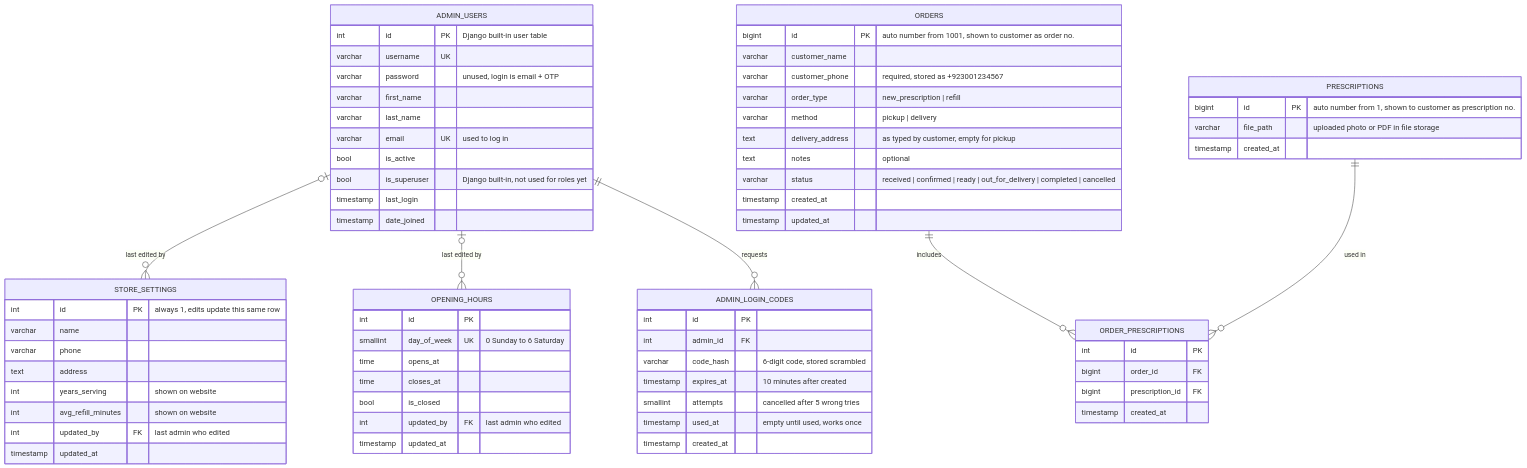
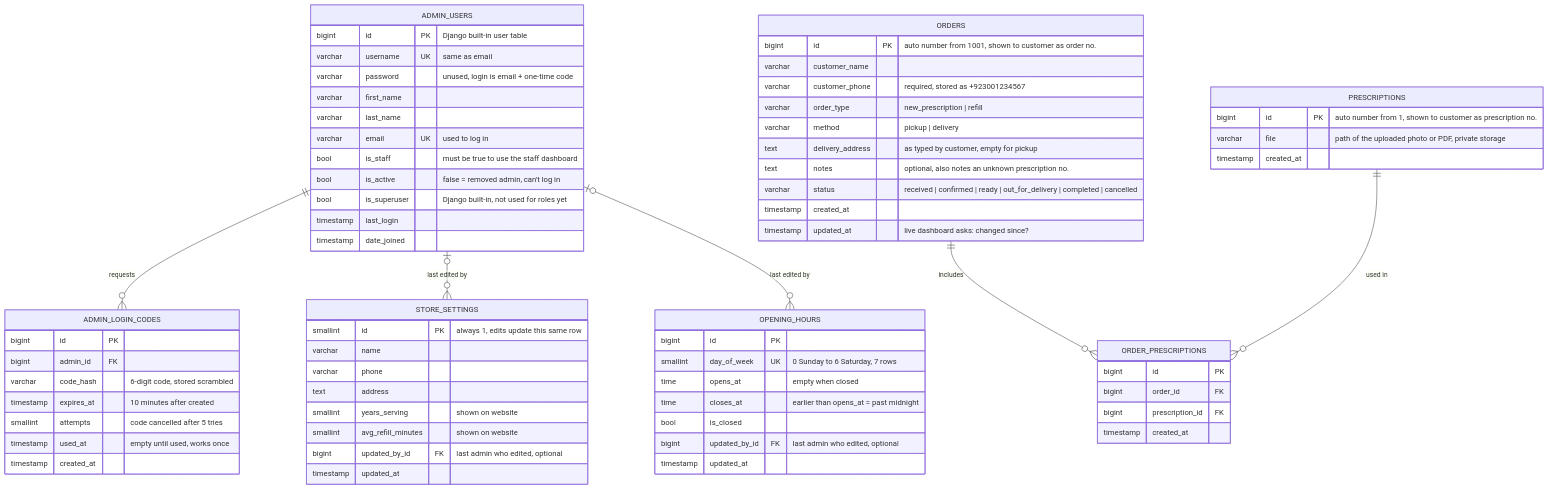
One commit to engineersameer/Pharmacy-website changed the diagram in docs/schema.mmd. Above: the diagram before and after it, drawn with Mermaid.

Commit message:
Schema diagram matches the live database
Exact column names and types (is_staff, file, updated_by_id, bigint ids),
plus notes on the rules the database enforces.

```diff
--- a/docs/schema.mmd
+++ b/docs/schema.mmd
@@ -1,84 +1,96 @@
-%% CarePoint Pharmacy — database schema (simple version, for review)
-%% Django DRF + PostgreSQL.
+%% Pharmacy website — database schema (matches the live tables in carepoint-api)
+%% Django DRF + PostgreSQL 16. Column names and types are exactly as in the database.
 %% Relationship legend:  ||--o{  one to many   |o--o{  optional one to many
 
 erDiagram
     ADMIN_USERS {
-        int id PK "Django built-in user table"
-        varchar username UK
-        varchar password "unused, login is email + OTP"
+        bigint id PK "Django built-in user table"
+        varchar username UK "same as email"
+        varchar password "unused, login is email + one-time code"
         varchar first_name
         varchar last_name
         varchar email UK "used to log in"
-        bool is_active
+        bool is_staff "must be true to use the staff dashboard"
+        bool is_active "false = removed admin, can't log in"
         bool is_superuser "Django built-in, not used for roles yet"
         timestamp last_login
         timestamp date_joined
+    }
+
+    ADMIN_LOGIN_CODES {
+        bigint id PK
+        bigint admin_id FK
+        varchar code_hash "6-digit code, stored scrambled"
+        timestamp expires_at "10 minutes after created"
+        smallint attempts "code cancelled after 5 tries"
+        timestamp used_at "empty until used, works once"
+        timestamp created_at
     }
 
     ORDERS {
         bigint id PK "auto number from 1001, shown to customer as order no."
         varchar customer_name
         varchar customer_phone "required, stored as +923001234567"
         varchar order_type "new_prescription | refill"
         varchar method "pickup | delivery"
         text delivery_address "as typed by customer, empty for pickup"
-        text notes "optional"
+        text notes "optional, also notes an unknown prescription no."
         varchar status "received | confirmed | ready | out_for_delivery | completed | cancelled"
         timestamp created_at
-        timestamp updated_at
+        timestamp updated_at "live dashboard asks: changed since?"
     }
 
     PRESCRIPTIONS {
         bigint id PK "auto number from 1, shown to customer as prescription no."
-        varchar file_path "uploaded photo or PDF in file storage"
+        varchar file "path of the uploaded photo or PDF, private storage"
         timestamp created_at
     }
 
     ORDER_PRESCRIPTIONS {
-        int id PK
+        bigint id PK
         bigint order_id FK
         bigint prescription_id FK
         timestamp created_at
     }
 
     STORE_SETTINGS {
-        int id PK "always 1, edits update this same row"
+        smallint id PK "always 1, edits update this same row"
         varchar name
         varchar phone
         text address
-        int years_serving "shown on website"
-        int avg_refill_minutes "shown on website"
-        int updated_by FK "last admin who edited"
+        smallint years_serving "shown on website"
+        smallint avg_refill_minutes "shown on website"
+        bigint updated_by_id FK "last admin who edited, optional"
         timestamp updated_at
     }
 
     OPENING_HOURS {
-        int id PK
-        smallint day_of_week UK "0 Sunday to 6 Saturday"
-        time opens_at
-        time closes_at
+        bigint id PK
+        smallint day_of_week UK "0 Sunday to 6 Saturday, 7 rows"
+        time opens_at "empty when closed"
+        time closes_at "earlier than opens_at = past midnight"
         bool is_closed
-        int updated_by FK "last admin who edited"
+        bigint updated_by_id FK "last admin who edited, optional"
         timestamp updated_at
     }
 
-    ADMIN_LOGIN_CODES {
-        int id PK
-        int admin_id FK
-        varchar code_hash "6-digit code, stored scrambled"
-        timestamp expires_at "10 minutes after created"
-        smallint attempts "cancelled after 5 wrong tries"
-        timestamp used_at "empty until used, works once"
-        timestamp created_at
-    }
-
+    ADMIN_USERS ||--o{ ADMIN_LOGIN_CODES : "requests"
     ORDERS ||--o{ ORDER_PRESCRIPTIONS : "includes"
     PRESCRIPTIONS ||--o{ ORDER_PRESCRIPTIONS : "used in"
     ADMIN_USERS |o--o{ STORE_SETTINGS : "last edited by"
     ADMIN_USERS |o--o{ OPENING_HOURS : "last edited by"
-    ADMIN_USERS ||--o{ ADMIN_LOGIN_CODES : "requests"
 
-%% Login: admin enters email, gets a code (terminal in development, email in production),
-%% then stays logged in with JWT: 15-minute access token + 14-day refresh token in a secure cookie.
-%% JWT logout blacklist tables are created automatically by djangorestframework-simplejwt.
+%% Rules the database itself enforces:
+%%   orders: delivery orders must have an address, pickup orders must not
+%%   order_prescriptions: the same prescription can't be added to the same order twice
+%%   order_prescriptions.prescription_id: a prescription used in an order can't be deleted
+%%   store_settings: only one row (id must be 1)
+%%   opening_hours: one row per day (0 to 6); an open day needs both times
+
+%% Login: admin enters email, gets a code (shown on the login page and in the terminal
+%% in development, emailed in production), then stays logged in with JWT:
+%% 15-minute access token + 14-day refresh token in a secure cookie.
+
+%% Other tables created automatically (not part of this design):
+%%   token_blacklist_* (logged-out JWTs, from djangorestframework-simplejwt),
+%%   cache_table (rate limits), Django's auth_group / permissions / content types / migrations.
```
